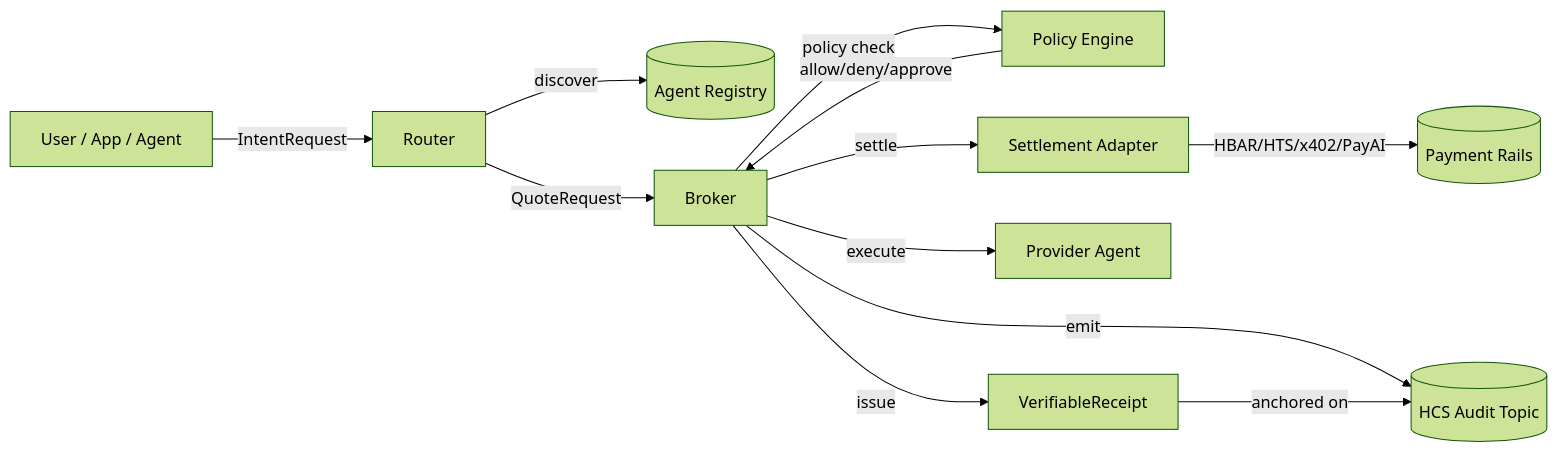
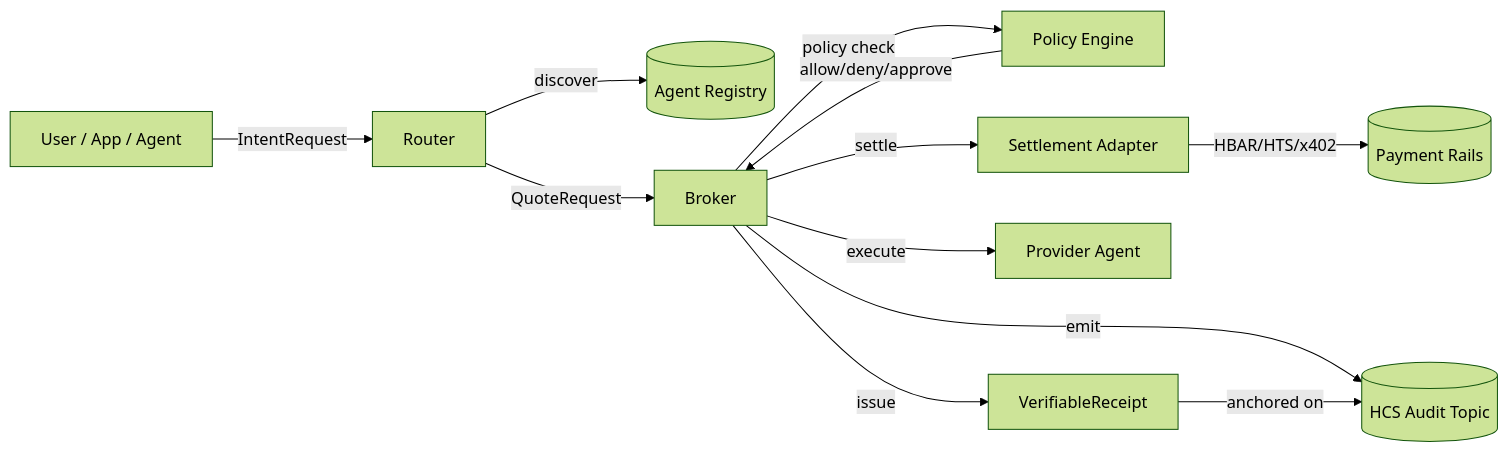
The diagram in README.md (Glorian-Labs/Hedron), drawn with Mermaid (forest theme) before and after one commit. The commit also changed other lines of this file and 13 other files, not shown here.

First line of the commit message:
docs+src: refine roadmap copy and remove PayAI surface entirely

````diff
--- a/README.md
+++ b/README.md
@@ -58,14 +58,14 @@
 ```mermaid
 flowchart LR
   User[User / App / Agent] -->|IntentRequest| Router
   Router -->|discover| Registry[(Agent Registry)]
   Router -->|QuoteRequest| Broker
   Broker -->|policy check| Policy[Policy Engine]
   Policy -->|allow/deny/approve| Broker
   Broker -->|settle| Settlement[Settlement Adapter]
-  Settlement -->|HBAR/HTS/x402/PayAI| Rails[(Payment Rails)]
+  Settlement -->|HBAR/HTS/x402| Rails[(Payment Rails)]
   Broker -->|execute| Agent[Provider Agent]
   Broker -->|emit| HCS[(HCS Audit Topic)]
   Broker -->|issue| Receipt[VerifiableReceipt]
   Receipt -->|anchored on| HCS
 ```
````
